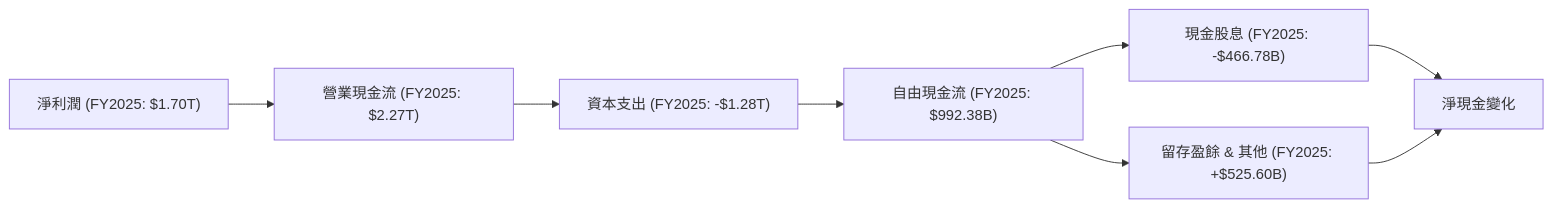
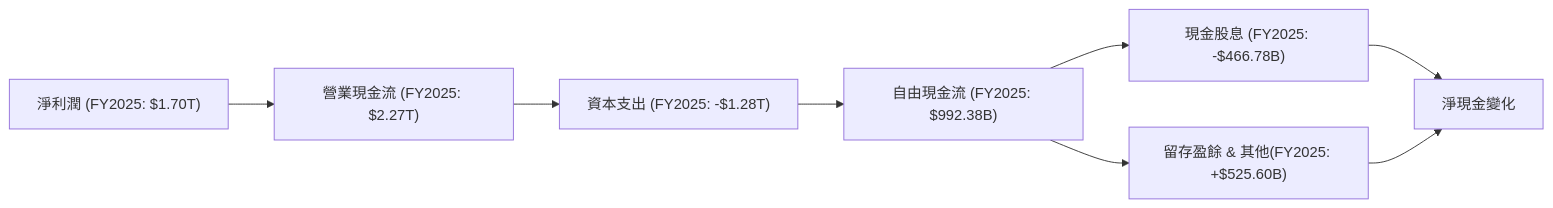
Before and after one commit to yennanliu/finance_data: the seventh of 14 diagrams in ai_gen_report/stock/tsm/fundamental_analysis_2026-06-29_gemini.md, drawn with Mermaid. The commit also changed other lines of this file and 2258 other files, not shown here.

First line of the commit message:
chore: backfill Mermaid syntax repair across existing reports

````diff
--- a/ai_gen_report/stock/tsm/fundamental_analysis_2026-06-29_gemini.md
+++ b/ai_gen_report/stock/tsm/fundamental_analysis_2026-06-29_gemini.md
@@ -417,10 +417,10 @@
 ```mermaid
 graph LR
     NetIncome["淨利潤 (FY2025: $1.70T)"] --> OCF["營業現金流 (FY2025: $2.27T)"]
     OCF --> Capex["資本支出 (FY2025: -$1.28T)"]
     Capex --> FCF["自由現金流 (FY2025: $992.38B)"]
     FCF --> Dividends["現金股息 (FY2025: -$466.78B)"]
-    FCF --> RetainedEarnings["留存盈餘 & 其他 (FY2025: +$525.60B)"]
+    FCF --> RetainedEarnings["留存盈餘 & 其他(FY2025: +$525.60B)"]
     Dividends --> NetCashChange["淨現金變化"]
     RetainedEarnings --> NetCashChange
 ```
````
